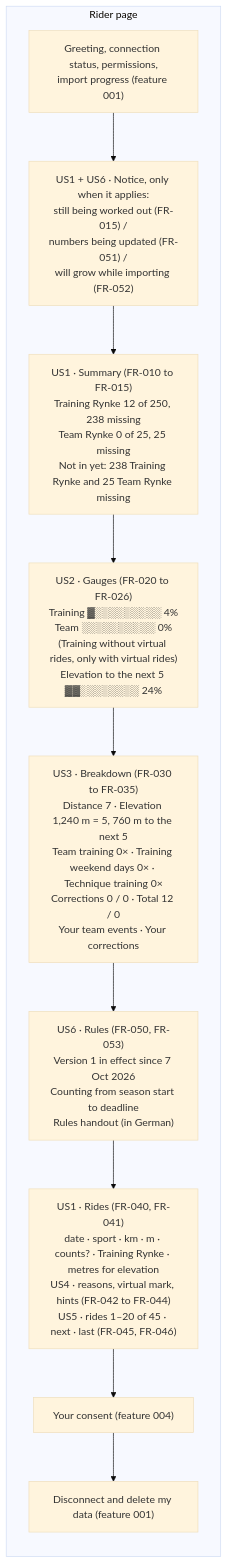
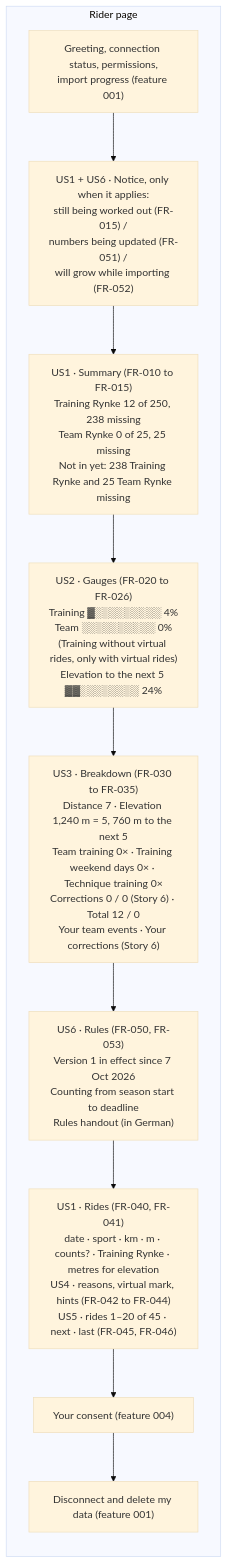
One commit to SaSteffen/RynkePoints changed the fifth of 18 diagrams in specs/005-rider-view/spec.md. Above: the diagram before and after it, drawn with Mermaid (base theme). The commit also changed other lines of this file and 2 other files, not shown here.

Commit message:
docs: check rider view diagrams against the build

````diff
--- a/specs/005-rider-view/spec.md
+++ b/specs/005-rider-view/spec.md
@@ -870,16 +879,16 @@
 ```mermaid
 flowchart TB
     subgraph page["Rider page"]
         direction TB
         head["Greeting, connection status, permissions,<br/>import progress (feature 001)"]
         fresh["US1 + US6 · Notice, only when it applies:<br/>still being worked out (FR-015) /<br/>numbers being updated (FR-051) /<br/>will grow while importing (FR-052)"]
         summary["US1 · Summary (FR-010 to FR-015)<br/>Training Rynke 12 of 250, 238 missing<br/>Team Rynke 0 of 25, 25 missing<br/>Not in yet: 238 Training Rynke and 25 Team Rynke missing"]
         gauges["US2 · Gauges (FR-020 to FR-026)<br/>Training ▓░░░░░░░░░ 4%<br/>Team ░░░░░░░░░░ 0%<br/>(Training without virtual rides, only with virtual rides)<br/>Elevation to the next 5 ▓▓░░░░░░░░ 24%"]
-        breakdown["US3 · Breakdown (FR-030 to FR-035)<br/>Distance 7 · Elevation 1,240 m = 5, 760 m to the next 5<br/>Team training 0× · Training weekend days 0× · Technique training 0×<br/>Corrections 0 / 0 · Total 12 / 0<br/>Your team events · Your corrections"]
+        breakdown["US3 · Breakdown (FR-030 to FR-035)<br/>Distance 7 · Elevation 1,240 m = 5, 760 m to the next 5<br/>Team training 0× · Training weekend days 0× · Technique training 0×<br/>Corrections 0 / 0 (Story 6) · Total 12 / 0<br/>Your team events · Your corrections (Story 6)"]
         rules["US6 · Rules (FR-050, FR-053)<br/>Version 1 in effect since 7 Oct 2026<br/>Counting from season start to deadline<br/>Rules handout (in German)"]
         rides["US1 · Rides (FR-040, FR-041)<br/>date · sport · km · m · counts? · Training Rynke · metres for elevation<br/>US4 · reasons, virtual mark, hints (FR-042 to FR-044)<br/>US5 · rides 1–20 of 45 · next · last (FR-045, FR-046)"]
         consent["Your consent (feature 004)"]
         leave["Disconnect and delete my data (feature 001)"]
         head --> fresh --> summary --> gauges --> breakdown --> rules --> rides --> consent --> leave
     end
 ```
````
